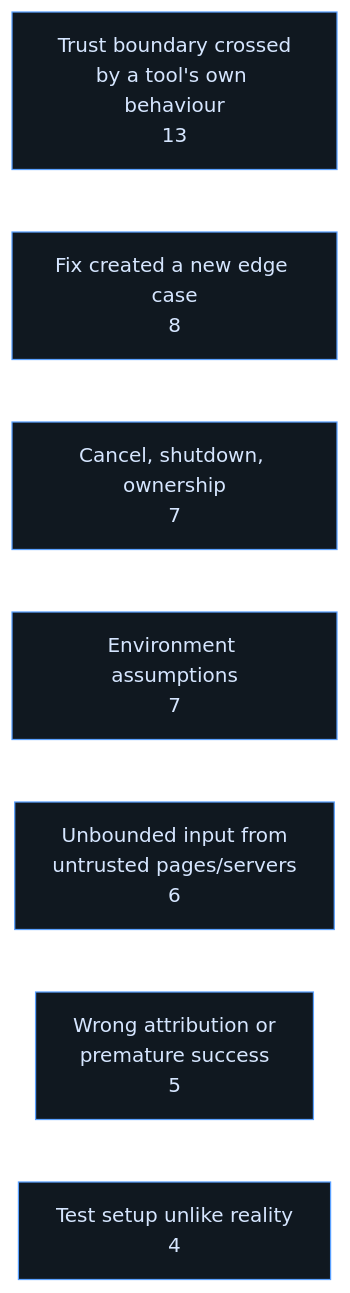
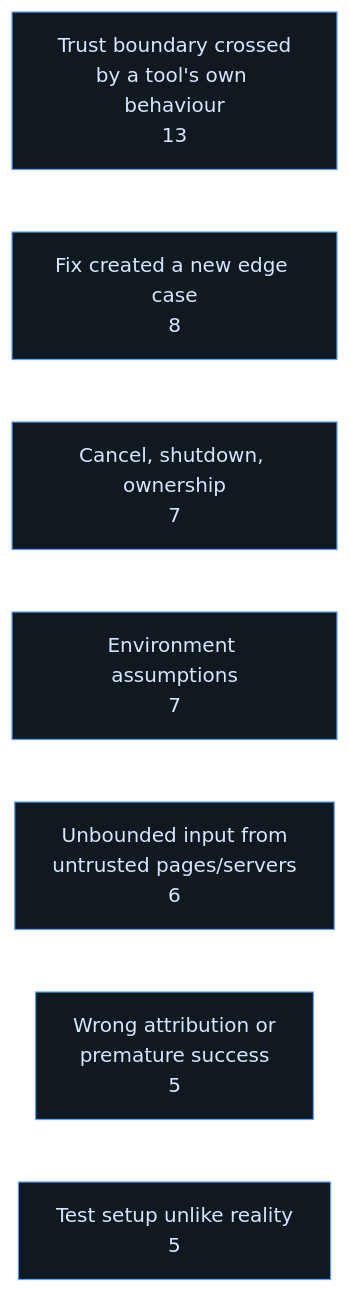
The tenth of 10 diagrams in docs/JOURNEY.md (XKeviNguyen/HighVi), drawn with Mermaid (neutral theme) before and after one commit. The commit also changed other lines of this file and 1 other file, not shown here.

````diff
--- a/docs/JOURNEY.md
+++ b/docs/JOURNEY.md
@@ -285,11 +294,11 @@
 ```mermaid
 flowchart LR
   classDef p fill:#101820,stroke:#5aa0ff,color:#d6e6ff
   P1["Trust boundary crossed<br/>by a tool's own behaviour<br/>13"]:::p
   P2["Fix created a new edge case<br/>8"]:::p
   P3["Cancel, shutdown, ownership<br/>7"]:::p
   P4["Environment assumptions<br/>7"]:::p
   P5["Unbounded input from<br/>untrusted pages/servers<br/>6"]:::p
   P6["Wrong attribution or<br/>premature success<br/>5"]:::p
-  P7["Test setup unlike reality<br/>4"]:::p
+  P7["Test setup unlike reality<br/>5"]:::p
 ```
````
